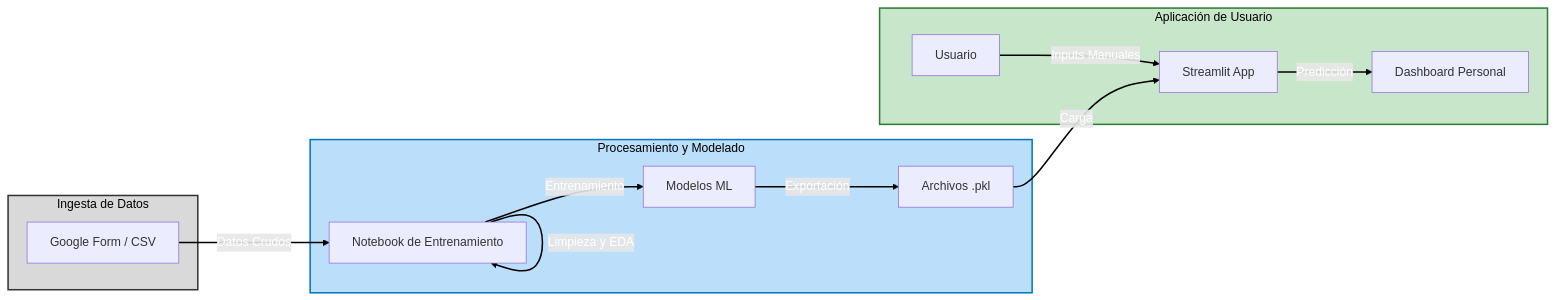
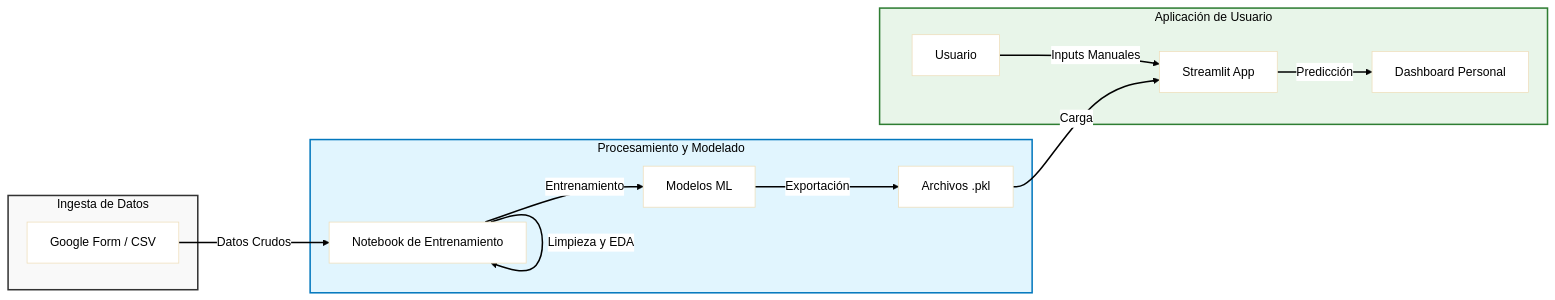
Before and after one commit to Galiextro/Python-Odyssey: the diagram in AI/Predict Your Study Productivity/README.md, drawn with Mermaid.

Commit message:
docs: Add comprehensive README for the ML-based study productivity prediction project.

````diff
--- a/AI/Predict Your Study Productivity/README.md
+++ b/AI/Predict Your Study Productivity/README.md
@@ -112,34 +112,35 @@
 ```mermaid
+%%{init: {'theme': 'base', 'themeVariables': { 'background': '#ffffff', 'mainBkg': '#ffffff', 'primaryTextColor': '#000', 'lineColor': '#000', 'edgeLabelBackground': '#ffffff'}}}%%
 flowchart LR
     subgraph Ingesta [Ingesta de Datos]
         A[Google Form / CSV]
     end
     
     subgraph Procesamiento [Procesamiento y Modelado]
         B[Notebook de Entrenamiento]
         C[Modelos ML]
         D[Archivos .pkl]
         
         B -->|Limpieza y EDA| B
         B -->|Entrenamiento| C
         C -->|Exportación| D
     end
     
     subgraph Aplicacion [Aplicación de Usuario]
         E[Streamlit App]
         F[Usuario]
         G[Dashboard Personal]
         
         F -->|Inputs Manuales| E
         E -->|Predicción| G
     end
 
     A -->|Datos Crudos| B
     D -->|Carga| E
     
-    style Ingesta fill:#d9d9d9,stroke:#333,stroke-width:2px,color:#000
-    style Procesamiento fill:#bbdefb,stroke:#0277bd,stroke-width:2px,color:#000
-    style Aplicacion fill:#c8e6c9,stroke:#2e7d32,stroke-width:2px,color:#000
+    style Ingesta fill:#f9f9f9,stroke:#333,stroke-width:2px,color:#000
+    style Procesamiento fill:#e1f5fe,stroke:#0277bd,stroke-width:2px,color:#000
+    style Aplicacion fill:#e8f5e9,stroke:#2e7d32,stroke-width:2px,color:#000
     
-    linkStyle default stroke:#000,stroke-width:2px,fill:none,color:#fff
+    linkStyle default stroke:#000,stroke-width:2px,fill:none,color:#000
 ```
````
